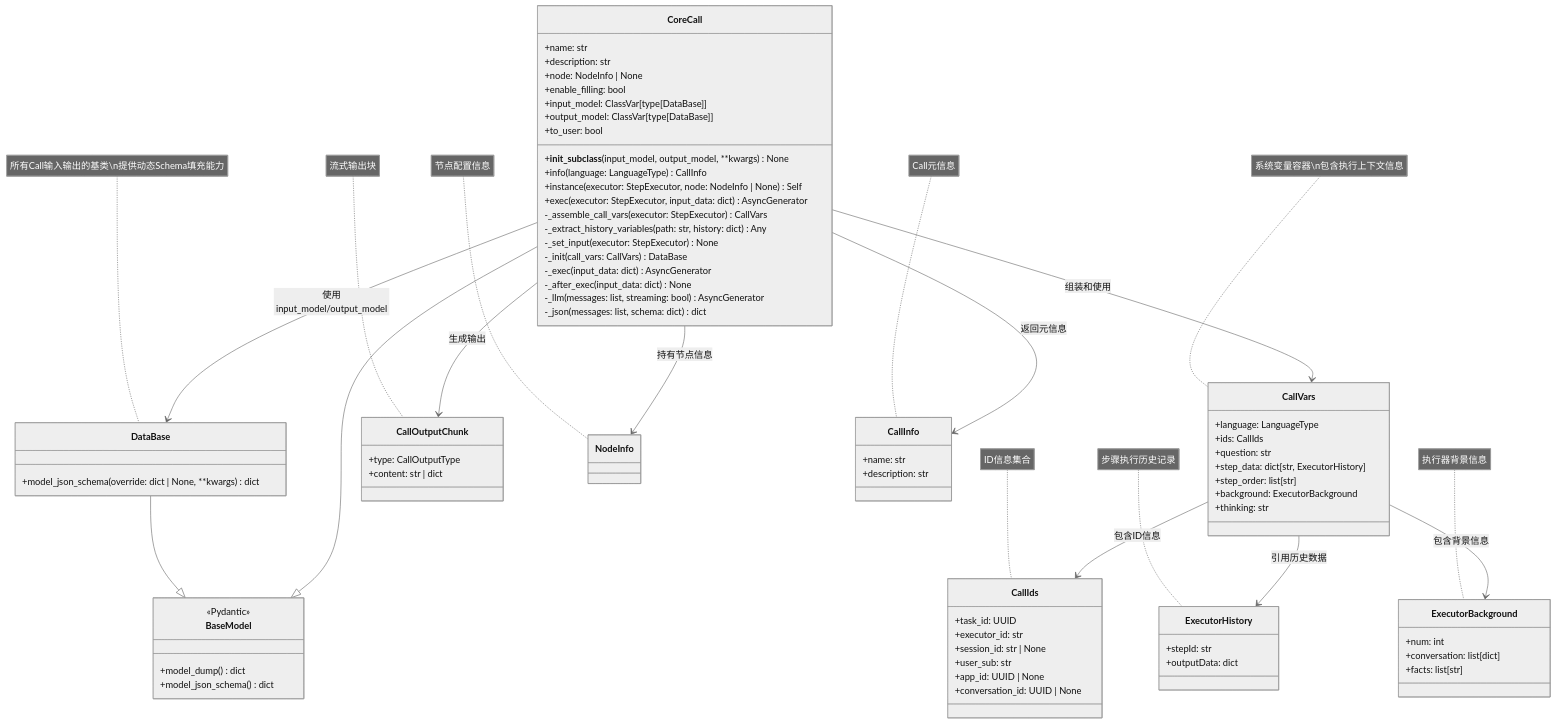
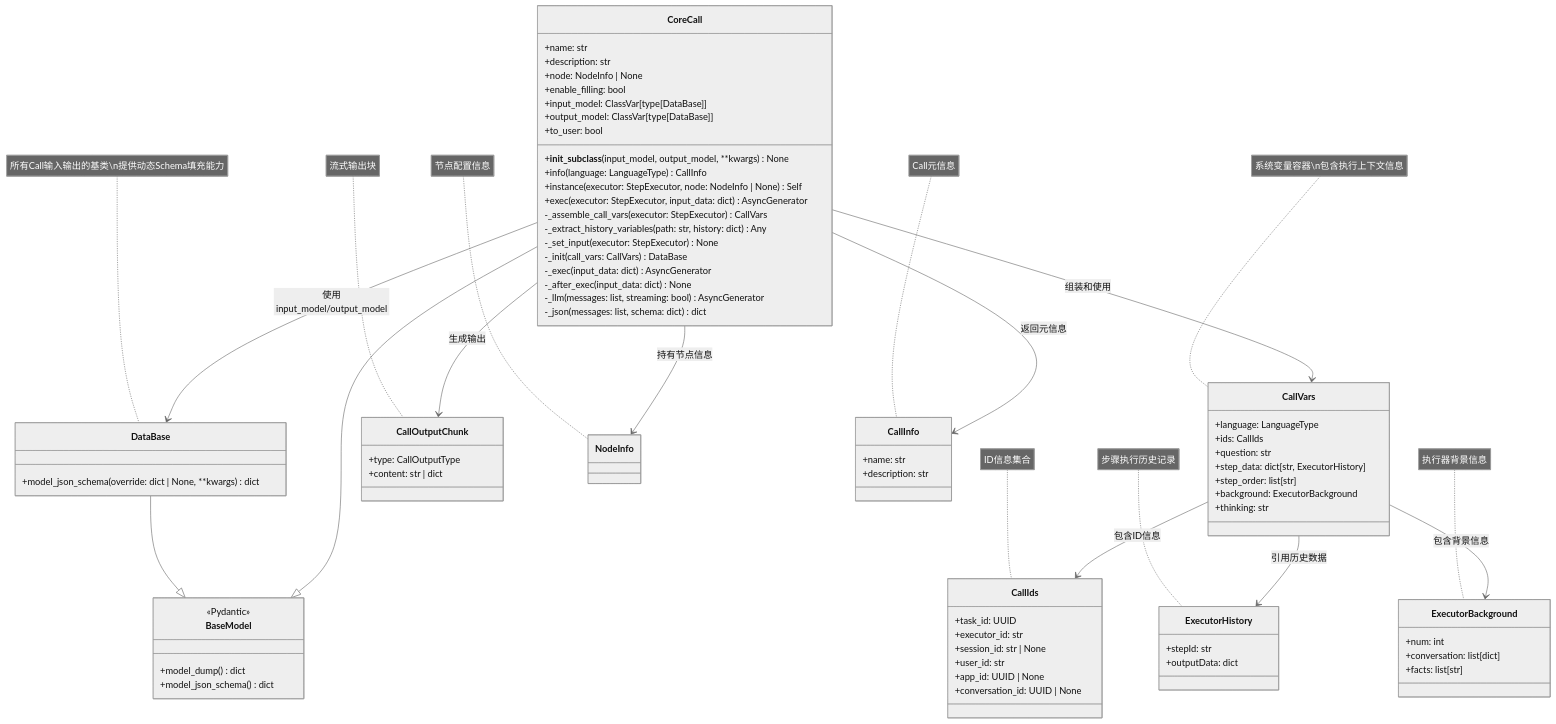
One commit to openeuler-mirror/euler-copilot-framework changed the first of 5 diagrams in design/call/core.md. Above: the diagram before and after it, drawn with Mermaid (neutral theme). The commit also changed other lines of this file and 18 other files, not shown here.

```diff
--- a/design/call/core.md
+++ b/design/call/core.md
@@ -323,7 +323,7 @@
         +task_id: UUID
         +executor_id: str
         +session_id: str | None
-        +user_sub: str
+        +user_id: str
         +app_id: UUID | None
         +conversation_id: UUID | None
     }
```
